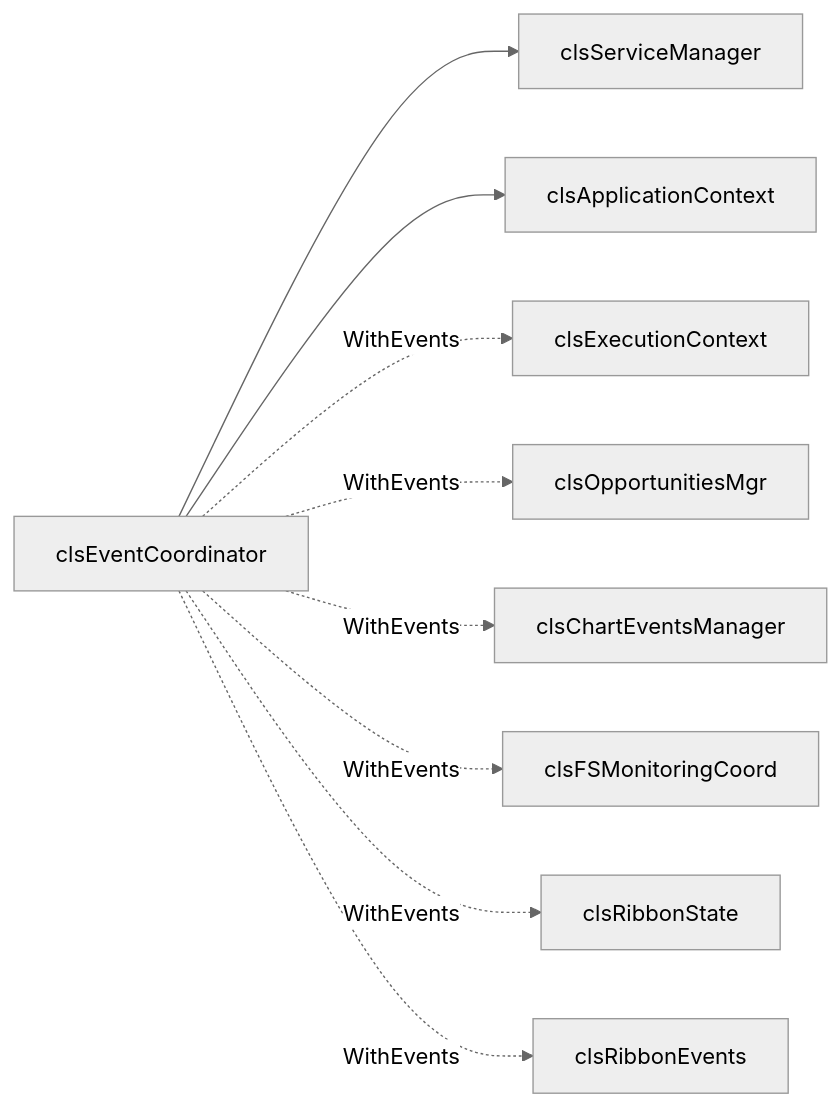
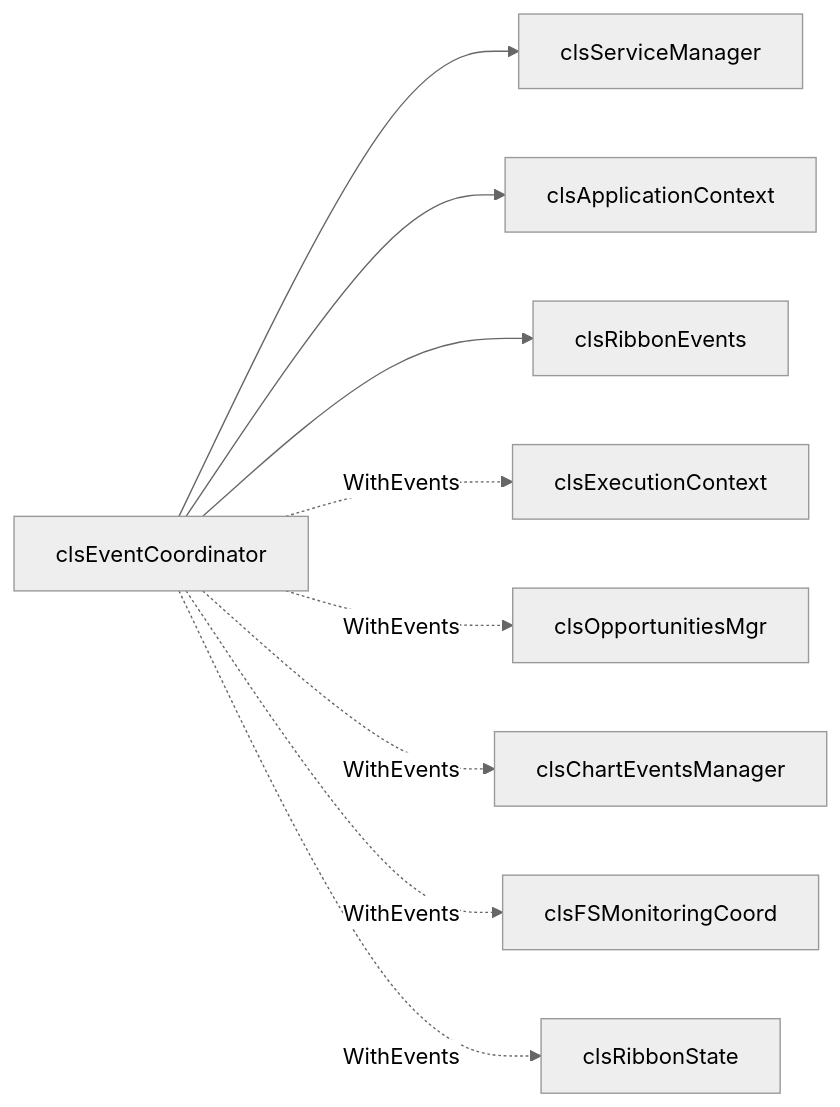
The third of 8 diagrams in CLAUDE.md (gautxori-yuyu/claude-vba-excel-abc-refactor), drawn with Mermaid (neutral theme) before and after one commit. The commit also changed other lines of this file, not shown here.

````diff
--- a/CLAUDE.md
+++ b/CLAUDE.md
@@ -225,11 +362,11 @@
 ```mermaid
 graph LR
     clsEventCoordinator --> clsServiceManager
     clsEventCoordinator --> clsApplicationContext
+    clsEventCoordinator --> clsRibbonEvents
     clsEventCoordinator -.WithEvents.-> clsExecutionContext
     clsEventCoordinator -.WithEvents.-> clsOpportunitiesMgr
     clsEventCoordinator -.WithEvents.-> clsChartEventsManager
     clsEventCoordinator -.WithEvents.-> clsFSMonitoringCoord
     clsEventCoordinator -.WithEvents.-> clsRibbonState
-    clsEventCoordinator -.WithEvents.-> clsRibbonEvents
 ```
````
